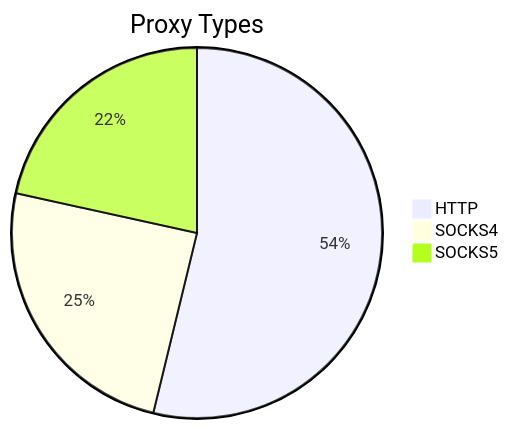
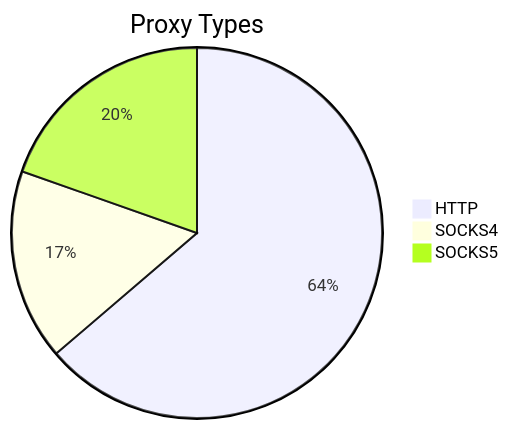
One commit to stormsia/proxy-list changed the first of 2 diagrams in README.md. Above: the diagram before and after it, drawn with Mermaid. The commit also changed other lines of this file, not shown here.

````diff
--- a/README.md
+++ b/README.md
@@ -21,6 +21,6 @@
 ```mermaid
 pie title Proxy Types
-    "HTTP" : 312
-    "SOCKS4" : 143
-    "SOCKS5" : 125
+    "HTTP" : 195
+    "SOCKS4" : 51
+    "SOCKS5" : 60
 ```
````
